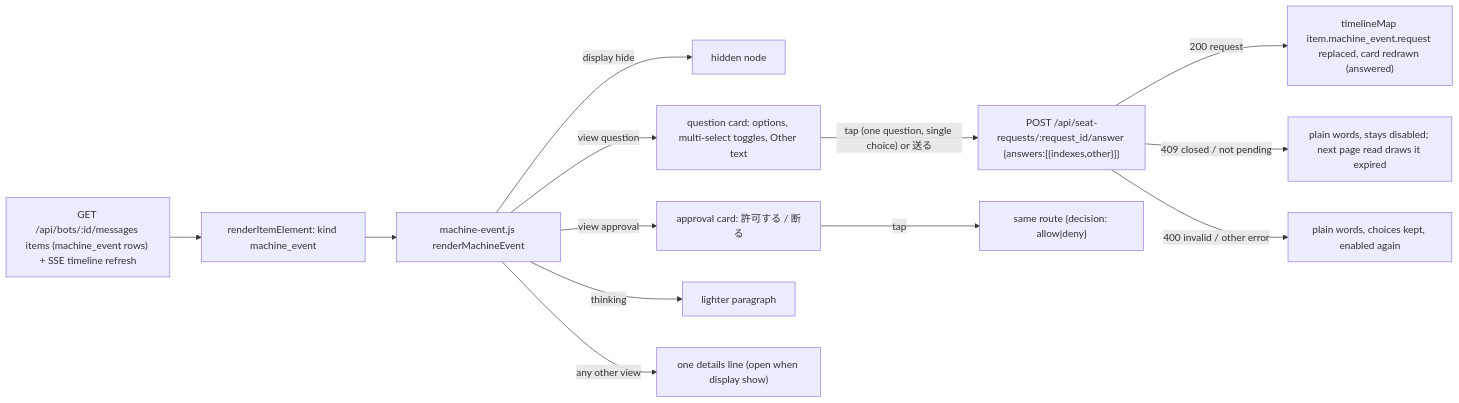
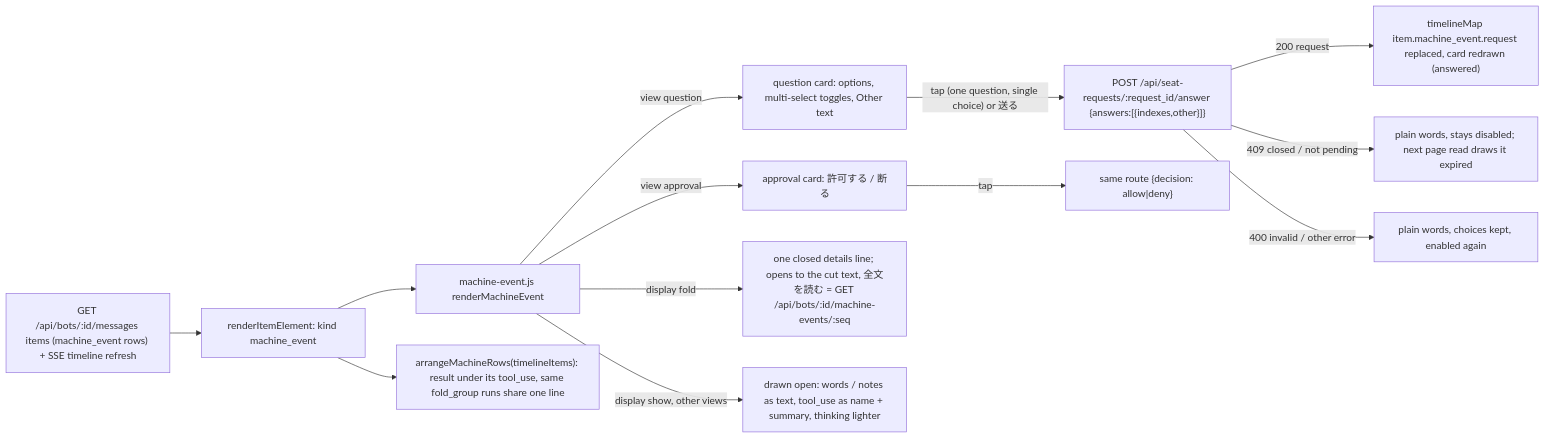
Diagram 16 of 16 in docs/architecture/modules/web/conversation.md (kitepon/BellTeam), drawn with Mermaid before and after one commit. The commit also changed other lines of this file and 5 other files, not shown here.

Commit message:
a471-fold-web (draft, not pushed): fold view for machine rows

````diff
--- a/docs/architecture/modules/web/conversation.md
+++ b/docs/architecture/modules/web/conversation.md
@@ -392,15 +392,15 @@
 ```mermaid
 flowchart LR
   Page["GET /api/bots/:id/messages items (machine_event rows) + SSE timeline refresh"] --> Item["renderItemElement: kind machine_event"]
   Item --> ME["machine-event.js renderMachineEvent"]
-  ME -->|"display hide"| Gone["hidden node"]
   ME -->|"view question"| Q["question card: options, multi-select toggles, Other text"]
   ME -->|"view approval"| A["approval card: 許可する / 断る"]
-  ME -->|"thinking"| T["lighter paragraph"]
-  ME -->|"any other view"| Line["one details line (open when display show)"]
+  ME -->|"display fold"| F["one closed details line; opens to the cut text, 全文を読む = GET /api/bots/:id/machine-events/:seq"]
+  ME -->|"display show, other views"| S["drawn open: words / notes as text, tool_use as name + summary, thinking lighter"]
+  Item --> Arr["arrangeMachineRows(timelineItems): result under its tool_use, same fold_group runs share one line"]
   Q -->|"tap (one question, single choice) or 送る"| Post["POST /api/seat-requests/:request_id/answer {answers:[{indexes,other}]}"]
   A -->|"tap"| Post2["same route {decision: allow|deny}"]
   Post -->|"200 request"| Item2["timelineMap item.machine_event.request replaced, card redrawn (answered)"]
   Post -->|"409 closed / not pending"| Closed["plain words, stays disabled; next page read draws it expired"]
   Post -->|"400 invalid / other error"| Retry["plain words, choices kept, enabled again"]
 ```
````
